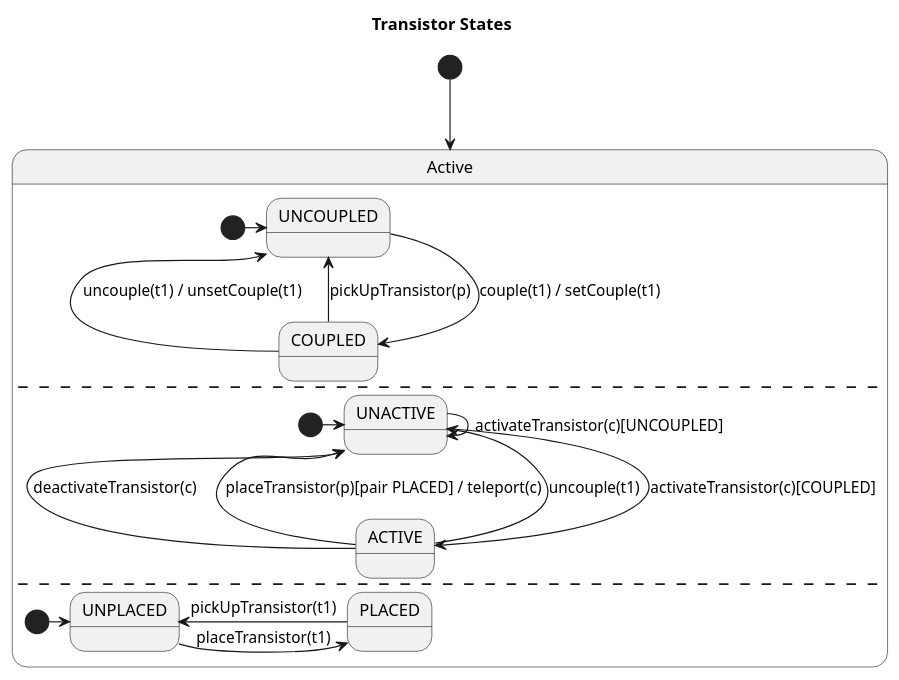
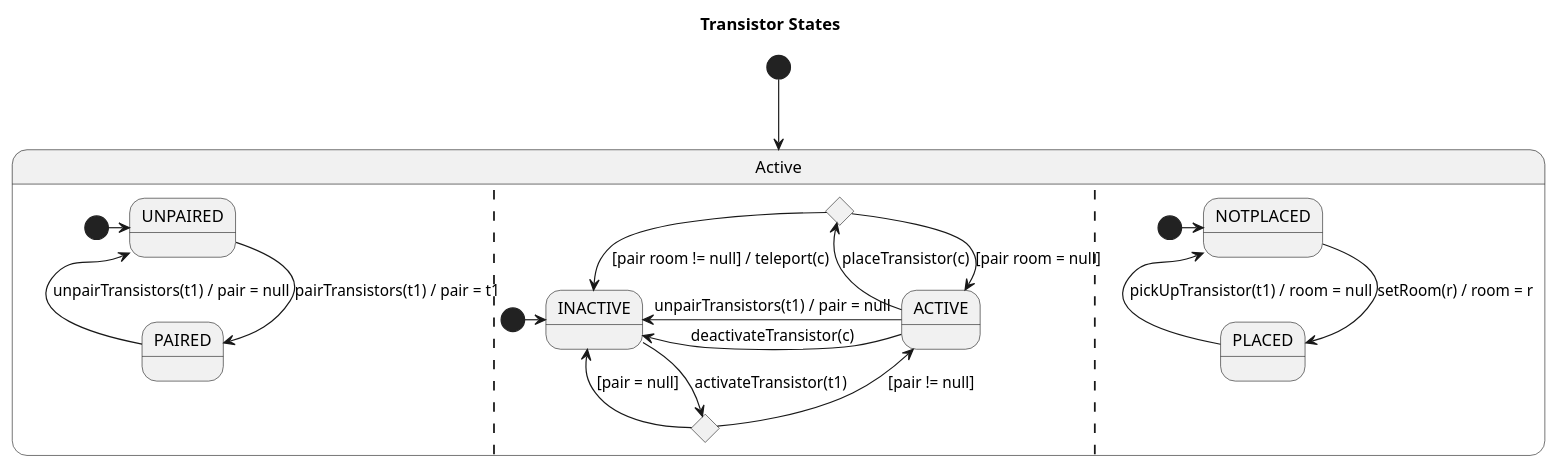
One commit to MBakter/echo changed the diagram in docs/transistor/state_transistor.plantuml. Above: the diagram before and after it, drawn with PlantUML. The commit also changed 10 other files, not shown here.

Commit message:
new transistor sequence

```diff
--- a/docs/transistor/state_transistor.plantuml
+++ b/docs/transistor/state_transistor.plantuml
@@ -1,25 +1,34 @@
 @startuml
 title Transistor States
-
     [*] --> Active
 
     state Active {
-        [*] -> UNCOUPLED
-        UNCOUPLED --> COUPLED : couple(t1) / setCouple(t1)
-        UNCOUPLED <-- COUPLED : uncouple(t1) / unsetCouple(t1)
-        UNCOUPLED <-- COUPLED : pickUpTransistor(p)
-        --
-        [*] -> UNACTIVE
-        UNACTIVE --> ACTIVE : activateTransistor(c)[COUPLED]
-        UNACTIVE --> UNACTIVE : activateTransistor(c)[UNCOUPLED]
-        UNACTIVE <- ACTIVE : deactivateTransistor(c)
-        UNACTIVE <- ACTIVE : placeTransistor(p)[pair PLACED] / teleport(c)
-        UNACTIVE <- ACTIVE : uncouple(t1)
-        --
-        [*] -> UNPLACED
-        UNPLACED -> PLACED : placeTransistor(t1)
-        UNPLACED <-- PLACED : pickUpTransistor(t1)
+        
+
+        [*] -> UNPAIRED
+        UNPAIRED --> PAIRED : pairTransistors(t1) / pair = t1
+        UNPAIRED <-- PAIRED : unpairTransistors(t1) / pair = null
+
+        ||
+        [*] -> INACTIVE
+        'INACTIVE --> ACTIVE : activateTransistor(t1)[PAIRED]
+        state actChoise <<choice>>
+        INACTIVE --> actChoise : activateTransistor(t1)
+        ACTIVE <-- actChoise : [pair != null]
+        INACTIVE <-- actChoise : [pair = null]
+
+        'INACTIVE --> INACTIVE : activateTransistor(t1)[UNPAIRED]
+        INACTIVE <-- ACTIVE : unpairTransistors(t1) / pair = null
+        INACTIVE <-- ACTIVE : deactivateTransistor(c)
+        state placeChoise <<choice>>
+        placeChoise <-- ACTIVE : placeTransistor(c)
+        placeChoise --> ACTIVE : [pair room = null] 
+        placeChoise --> INACTIVE : [pair room != null] / teleport(c) 
+        ||
+        [*] -> NOTPLACED
+        NOTPLACED --> PLACED : setRoom(r) / room = r
+        NOTPLACED <-- PLACED : pickUpTransistor(t1) / room = null
     }
 
 
 @enduml
```
